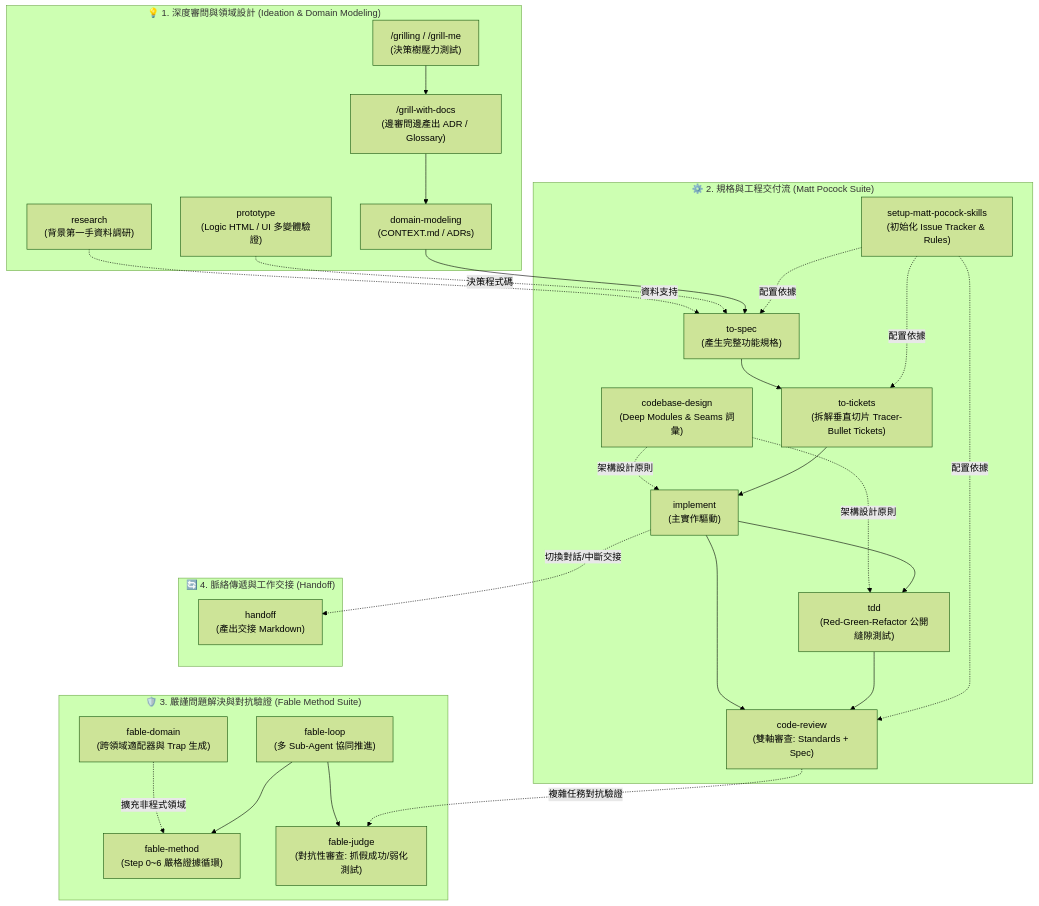
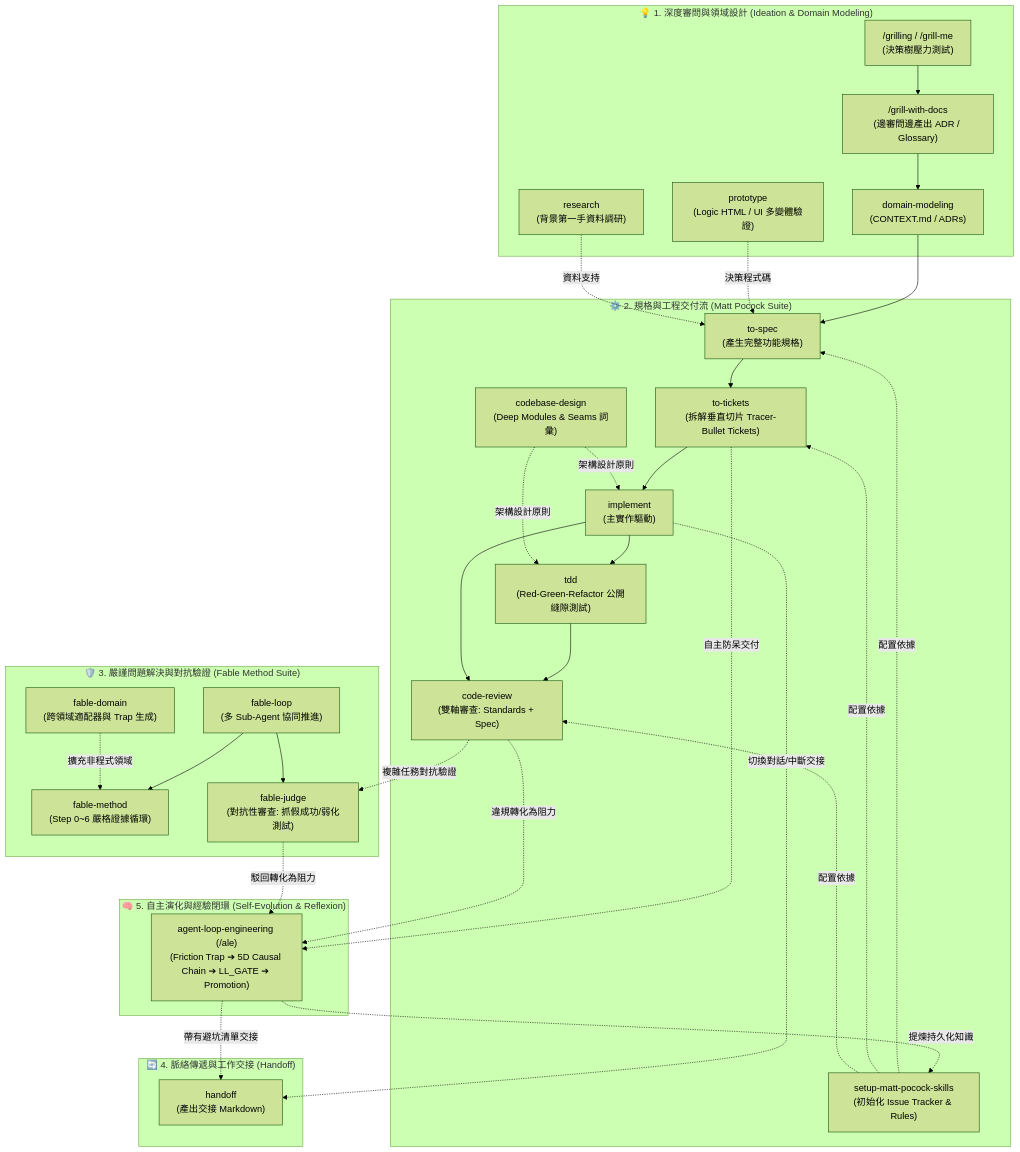
Before and after one commit to JackyLin213/antigravity-skills: the first of 5 diagrams in README.md, drawn with Mermaid (forest theme). The commit also changed other lines of this file and 3 other files, not shown here.

Commit message:
feat: add agent-loop-engineering skill and update README

````diff
--- a/README.md
+++ b/README.md
@@ -13,57 +13,67 @@
 ```mermaid
 flowchart TD
     subgraph Ideation ["💡 1. 深度審問與領域設計 (Ideation & Domain Modeling)"]
         GRILL["/grilling / /grill-me<br/>(決策樹壓力測試)"]
         GRILLDOC["/grill-with-docs<br/>(邊審問邊產出 ADR / Glossary)"]
         DOMAIN["domain-modeling<br/>(CONTEXT.md / ADRs)"]
         PROTO["prototype<br/>(Logic HTML / UI 多變體驗證)"]
         RESEARCH["research<br/>(背景第一手資料調研)"]
     end
 
     subgraph Engineering ["⚙️ 2. 規格與工程交付流 (Matt Pocock Suite)"]
         SETUP["setup-matt-pocock-skills<br/>(初始化 Issue Tracker & Rules)"]
         SPEC["to-spec<br/>(產生完整功能規格)"]
         TICKETS["to-tickets<br/>(拆解垂直切片 Tracer-Bullet Tickets)"]
         IMPL["implement<br/>(主實作驅動)"]
         TDD["tdd<br/>(Red-Green-Refactor 公開縫隙測試)"]
         DESIGN["codebase-design<br/>(Deep Modules & Seams 詞彙)"]
         REVIEW["code-review<br/>(雙軸審查: Standards + Spec)"]
     end
 
     subgraph Fable ["🛡️ 3. 嚴謹問題解決與對抗驗證 (Fable Method Suite)"]
         FMETHOD["fable-method<br/>(Step 0~6 嚴格證據循環)"]
         FLOOP["fable-loop<br/>(多 Sub-Agent 協同推進)"]
         FJUDGE["fable-judge<br/>(對抗性審查: 抓假成功/弱化測試)"]
         FDOMAIN["fable-domain<br/>(跨領域適配器與 Trap 生成)"]
     end
 
+    subgraph Evolution ["🧠 5. 自主演化與經驗閉環 (Self-Evolution & Reflexion)"]
+        ALE["agent-loop-engineering (/ale)<br/>(Friction Trap ➔ 5D Causal Chain ➔ LL_GATE ➔ Promotion)"]
+    end
+
     subgraph Continuity ["🔄 4. 脈絡傳遞與工作交接 (Handoff)"]
         HO["handoff<br/>(產出交接 Markdown)"]
     end
 
     %% 連動關係線
     SETUP -.->|配置依據| SPEC
     SETUP -.->|配置依據| TICKETS
     SETUP -.->|配置依據| REVIEW
     
     GRILL --> GRILLDOC
     GRILLDOC --> DOMAIN
     DOMAIN --> SPEC
     PROTO -.->|決策程式碼| SPEC
     RESEARCH -.->|資料支持| SPEC
 
     SPEC --> TICKETS
     TICKETS --> IMPL
+    TICKETS -.->|自主防呆交付| ALE
     IMPL --> TDD
     DESIGN -.->|架構設計原則| TDD
     DESIGN -.->|架構設計原則| IMPL
     TDD --> REVIEW
     IMPL --> REVIEW
 
     REVIEW -.->|複雜任務對抗驗證| FJUDGE
     FLOOP --> FMETHOD
     FLOOP --> FJUDGE
     FDOMAIN -.->|擴充非程式領域| FMETHOD
 
+    REVIEW -.->|違規轉化為阻力| ALE
+    FJUDGE -.->|駁回轉化為阻力| ALE
+    ALE -.->|提煉持久化知識| SETUP
+
     IMPL -.->|切換對話/中斷交接| HO
+    ALE -.->|帶有避坑清單交接| HO
 ```
````
